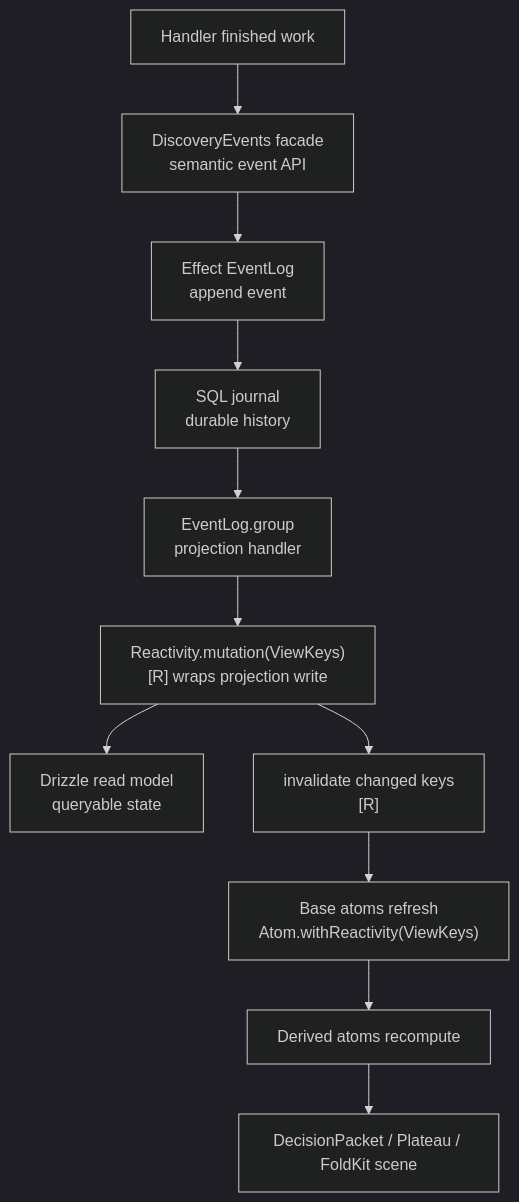
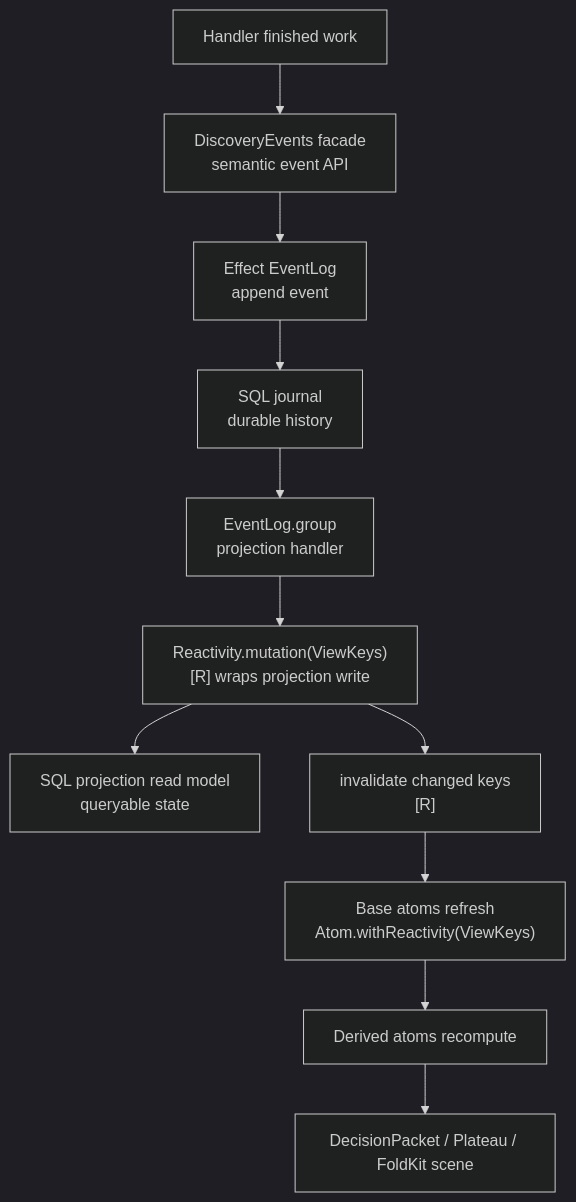
One commit to becker63/attune changed the fifth of 11 diagrams in docs/attuned/Attune Discovery v0 Architecture Model.md. Above: the diagram before and after it, drawn with Mermaid (dark theme). The commit also changed other lines of this file and 320 other files, not shown here.

````diff
--- a/docs/attuned/Attune Discovery v0 Architecture Model.md
+++ b/docs/attuned/Attune Discovery v0 Architecture Model.md
@@ -194,13 +194,13 @@
 ```mermaid
 flowchart TD
   A["Handler finished work"] --> B["DiscoveryEvents facade<br/>semantic event API"]
   B --> C["Effect EventLog<br/>append event"]
   C --> D["SQL journal<br/>durable history"]
   D --> E["EventLog.group<br/>projection handler"]
   E --> F["Reactivity.mutation(ViewKeys)<br/>[R] wraps projection write"]
-  F --> G["Drizzle read model<br/>queryable state"]
+  F --> G["SQL projection read model<br/>queryable state"]
   F --> H["invalidate changed keys<br/>[R]"]
   H --> I["Base atoms refresh<br/>Atom.withReactivity(ViewKeys)"]
   I --> J["Derived atoms recompute"]
   J --> K["DecisionPacket / Plateau / FoldKit scene"]
 ```
````
